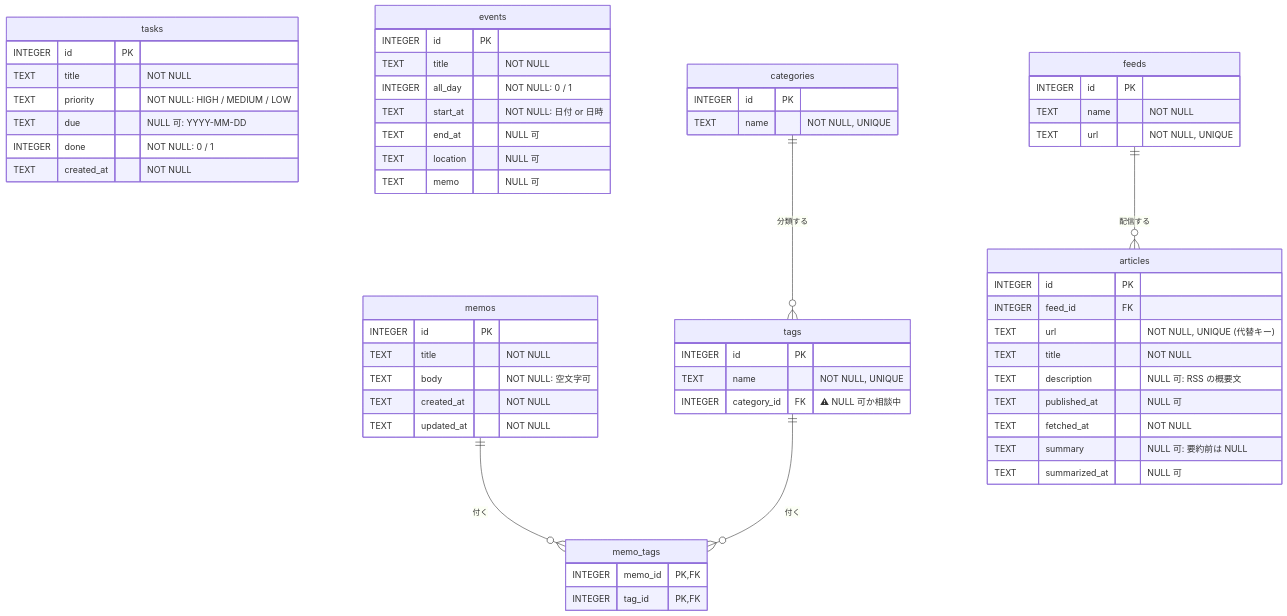
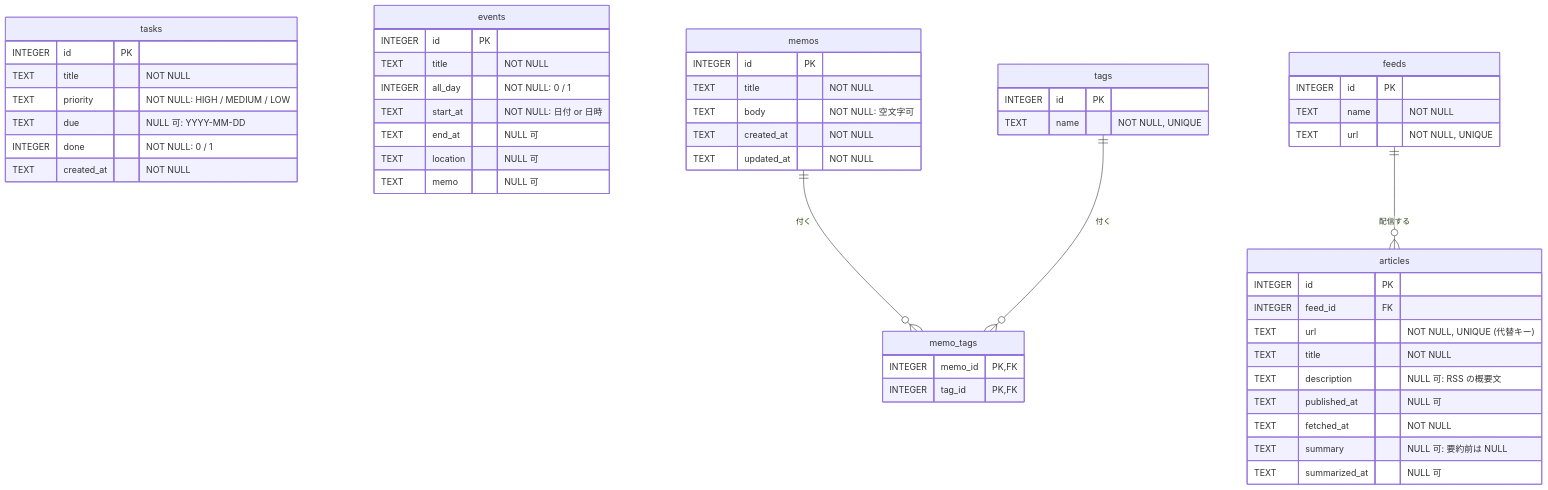
The diagram in docs/db/er.md (YANASAN-eng/PDA-application), drawn with Mermaid before and after one commit. The commit also changed other lines of this file and 2 other files, not shown here.

Commit message:
Drop tag categories and record non-goals

````diff
--- a/docs/db/er.md
+++ b/docs/db/er.md
@@ -6,61 +6,55 @@
 ```mermaid
 erDiagram
     tasks {
         INTEGER id PK
         TEXT title "NOT NULL"
         TEXT priority "NOT NULL: HIGH / MEDIUM / LOW"
         TEXT due "NULL 可: YYYY-MM-DD"
         INTEGER done "NOT NULL: 0 / 1"
         TEXT created_at "NOT NULL"
     }
     events {
         INTEGER id PK
         TEXT title "NOT NULL"
         INTEGER all_day "NOT NULL: 0 / 1"
         TEXT start_at "NOT NULL: 日付 or 日時"
         TEXT end_at "NULL 可"
         TEXT location "NULL 可"
         TEXT memo "NULL 可"
     }
     memos {
         INTEGER id PK
         TEXT title "NOT NULL"
         TEXT body "NOT NULL: 空文字可"
         TEXT created_at "NOT NULL"
         TEXT updated_at "NOT NULL"
     }
     tags {
         INTEGER id PK
         TEXT name "NOT NULL, UNIQUE"
-        INTEGER category_id FK "⚠ NULL 可か相談中"
-    }
-    categories {
-        INTEGER id PK
-        TEXT name "NOT NULL, UNIQUE"
     }
     memo_tags {
         INTEGER memo_id PK, FK
         INTEGER tag_id PK, FK
     }
     feeds {
         INTEGER id PK
         TEXT name "NOT NULL"
         TEXT url "NOT NULL, UNIQUE"
     }
     articles {
         INTEGER id PK
         INTEGER feed_id FK
         TEXT url "NOT NULL, UNIQUE (代替キー)"
         TEXT title "NOT NULL"
         TEXT description "NULL 可: RSS の概要文"
         TEXT published_at "NULL 可"
         TEXT fetched_at "NOT NULL"
         TEXT summary "NULL 可: 要約前は NULL"
         TEXT summarized_at "NULL 可"
     }
 
     memos ||--o{ memo_tags : "付く"
     tags ||--o{ memo_tags : "付く"
-    categories ||--o{ tags : "分類する"
     feeds ||--o{ articles : "配信する"
 ```
````
